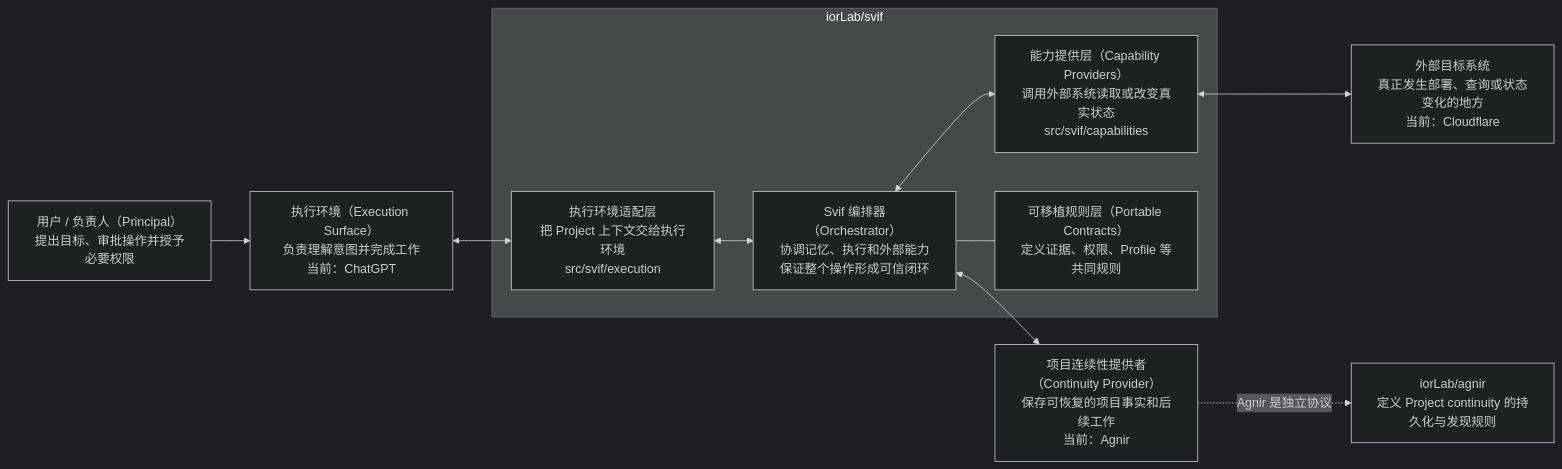
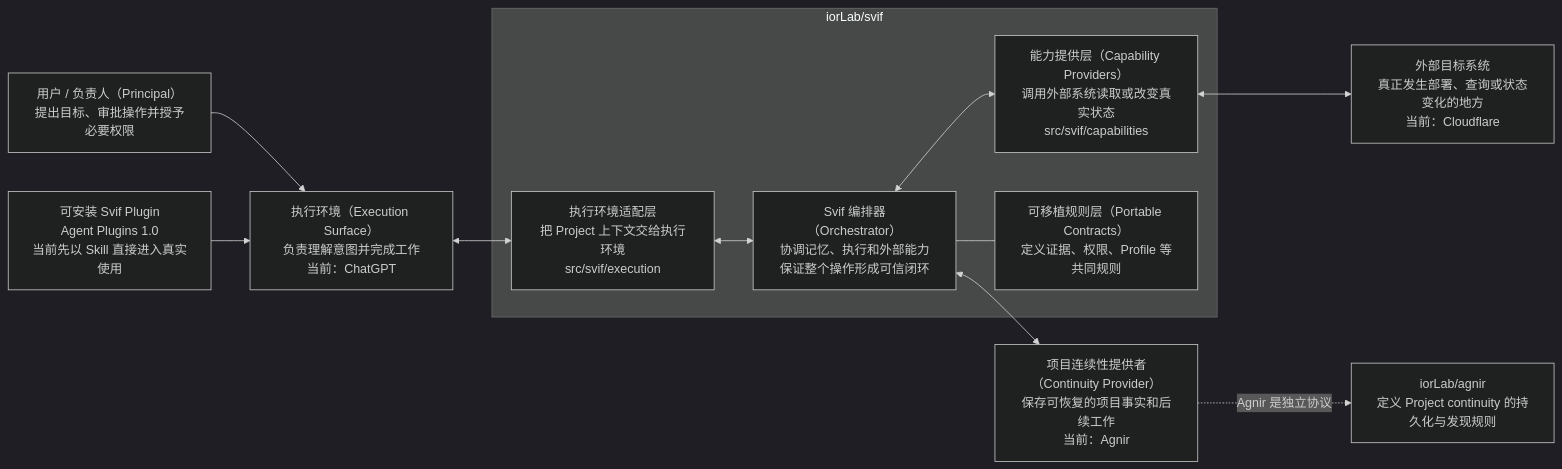
One commit to iorLab/svif changed the first of 2 diagrams in README.zh-CN.md. Above: the diagram before and after it, drawn with Mermaid (dark theme). The commit also changed other lines of this file, not shown here.

Commit message:
docs(plugin): 同步可安装 Plugin MVP

````diff
--- a/README.zh-CN.md
+++ b/README.zh-CN.md
@@ -11,20 +11,21 @@
 ```mermaid
 flowchart LR
     P["用户 / 负责人（Principal）<br/>提出目标、审批操作并授予必要权限"] --> E["执行环境（Execution Surface）<br/>负责理解意图并完成工作<br/>当前：ChatGPT"]
+    D["可安装 Svif Plugin<br/>Agent Plugins 1.0<br/>当前先以 Skill 直接进入真实使用"] --> E
 
     subgraph S[iorLab/svif]
         O["Svif 编排器（Orchestrator）<br/>协调记忆、执行和外部能力<br/>保证整个操作形成可信闭环"]
         X["执行环境适配层<br/>把 Project 上下文交给执行环境<br/>src/svif/execution"]
         K["能力提供层（Capability Providers）<br/>调用外部系统读取或改变真实状态<br/>src/svif/capabilities"]
         R["可移植规则层（Portable Contracts）<br/>定义证据、权限、Profile 等共同规则"]
         O --- R
         X <--> O
         O <--> K
     end
 
     E <--> X
     O <--> C["项目连续性提供者（Continuity Provider）<br/>保存可恢复的项目事实和后续工作<br/>当前：Agnir"]
     K <--> F["外部目标系统<br/>真正发生部署、查询或状态变化的地方<br/>当前：Cloudflare"]
 
     C -. "Agnir 是独立协议" .-> A["iorLab/agnir<br/>定义 Project continuity 的持久化与发现规则"]
 ```
````
